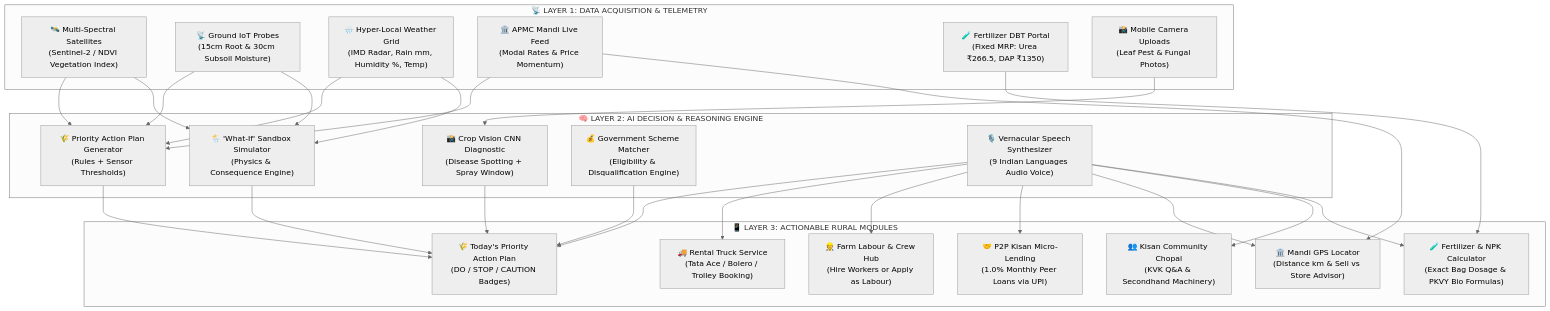
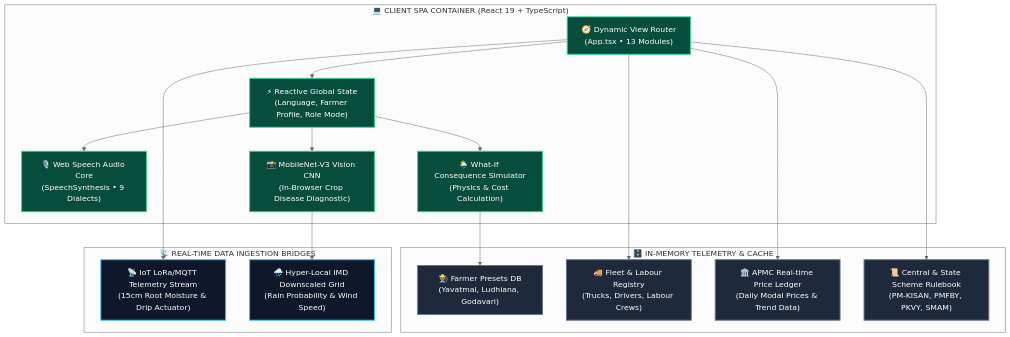
The second of 6 diagrams in README.md (lucyyy01/krishi), drawn with Mermaid (neutral theme) before and after one commit. The commit also changed other lines of this file, not shown here.

Commit message:
docs: add enterprise-grade C4 diagrams, ERD, and mathematical models to README.md

````diff
--- a/README.md
+++ b/README.md
@@ -42,39 +69,42 @@
 ```mermaid
 graph TB
-    subgraph SENSORS_INPUTS ["📡 LAYER 1: DATA ACQUISITION & TELEMETRY"]
-        A1["🛰️ Multi-Spectral Satellites<br/>(Sentinel-2 / NDVI Vegetation Index)"]
-        A2["📡 Ground IoT Probes<br/>(15cm Root & 30cm Subsoil Moisture)"]
-        A3["🌧️ Hyper-Local Weather Grid<br/>(IMD Radar, Rain mm, Humidity %, Temp)"]
-        A4["🏛️ APMC Mandi Live Feed<br/>(Modal Rates & Price Momentum)"]
-        A5["🧪 Fertilizer DBT Portal<br/>(Fixed MRP: Urea ₹266.5, DAP ₹1350)"]
-        A6["📸 Mobile Camera Uploads<br/>(Leaf Pest & Fungal Photos)"]
+    subgraph CLIENT_CONTAINER ["💻 CLIENT SPA CONTAINER (React 19 + TypeScript)"]
+        UI_ROUTER["🧭 Dynamic View Router<br/>(App.tsx • 13 Modules)"]
+        STATE_STORE["⚡ Reactive Global State<br/>(Language, Farmer Profile, Role Mode)"]
+        AUDIO_ENGINE["🎙️ Web Speech Audio Core<br/>(SpeechSynthesis • 9 Dialects)"]
+        SIM_SANDBOX["🌦️ What-If Consequence Simulator<br/>(Physics & Cost Calculation)"]
+        VISION_ENGINE["📸 MobileNet-V3 Vision CNN<br/>(In-Browser Crop Disease Diagnostic)"]
     end
 
-    subgraph AI_BRAIN ["🧠 LAYER 2: AI DECISION & REASONING ENGINE"]
-        B1["🌾 Priority Action Plan Generator<br/>(Rules + Sensor Thresholds)"]
-        B2["🌦️ 'What-If' Sandbox Simulator<br/>(Physics & Consequence Engine)"]
-        B3["📸 Crop Vision CNN Diagnostic<br/>(Disease Spotting + Spray Window)"]
-        B4["💰 Government Scheme Matcher<br/>(Eligibility & Disqualification Engine)"]
-        B5["🎙️ Vernacular Speech Synthesizer<br/>(9 Indian Languages Audio Voice)"]
+    subgraph TELEMETRY_CACHE ["🗄️ IN-MEMORY TELEMETRY & CACHE"]
+        FARMER_STORE["👨🏽‍🌾 Farmer Presets DB<br/>(Yavatmal, Ludhiana, Godavari)"]
+        LOGISTICS_STORE["🚚 Fleet & Labour Registry<br/>(Trucks, Drivers, Labour Crews)"]
+        MANDI_STORE["🏛️ APMC Real-time Price Ledger<br/>(Daily Modal Prices & Trend Data)"]
+        SCHEME_RULES["📜 Central & State Scheme Rulebook<br/>(PM-KISAN, PMFBY, PKVY, SMAM)"]
     end
 
-    subgraph ACTION_PORTALS ["📱 LAYER 3: ACTIONABLE RURAL MODULES"]
-        C1["🌾 Today's Priority Action Plan<br/>(DO / STOP / CAUTION Badges)"]
-        C2["🚚 Rental Truck Service<br/>(Tata Ace / Bolero / Trolley Booking)"]
-        C3["👷 Farm Labour & Crew Hub<br/>(Hire Workers or Apply as Labour)"]
-        C4["🤝 P2P Kisan Micro-Lending<br/>(1.0% Monthly Peer Loans via UPI)"]
-        C5["🏛️ Mandi GPS Locator<br/>(Distance km & Sell vs Store Advisor)"]
-        C6["👥 Kisan Community Chopal<br/>(KVK Q&A & Secondhand Machinery)"]
-        C7["🧪 Fertilizer & NPK Calculator<br/>(Exact Bag Dosage & PKVY Bio Formulas)"]
+    subgraph TELEMETRY_INGESTION ["📡 REAL-TIME DATA INGESTION BRIDGES"]
+        MQTT_BRIDGE["📡 IoT LoRa/MQTT Telemetry Stream<br/>(15cm Root Moisture & Drip Actuator)"]
+        WEATHER_API["🌧️ Hyper-Local IMD Downscaled Grid<br/>(Rain Probability & Wind Speed)"]
     end
 
-    A1 & A2 & A3 --> B1 & B2
-    A6 --> B3
-    A4 --> B1 & C5
-    A5 --> C7
-    B1 --> C1
-    B2 --> C1
-    B3 --> C1
-    B4 --> C1
-    B5 --> C1 & C2 & C3 & C4 & C5 & C6 & C7
+    UI_ROUTER --> STATE_STORE
+    STATE_STORE --> SIM_SANDBOX
+    STATE_STORE --> AUDIO_ENGINE
+    STATE_STORE --> VISION_ENGINE
+
+    SIM_SANDBOX --> FARMER_STORE
+    VISION_ENGINE --> WEATHER_API
+    UI_ROUTER --> LOGISTICS_STORE
+    UI_ROUTER --> MANDI_STORE
+    UI_ROUTER --> SCHEME_RULES
+    UI_ROUTER --> MQTT_BRIDGE
+
+    classDef client fill:#064e3b,stroke:#34d399,stroke-width:2px,color:#fff;
+    classDef store fill:#1e293b,stroke:#64748b,stroke-width:2px,color:#fff;
+    classDef bridge fill:#0f172a,stroke:#38bdf8,stroke-width:2px,color:#fff;
+
+    class UI_ROUTER,STATE_STORE,AUDIO_ENGINE,SIM_SANDBOX,VISION_ENGINE client;
+    class FARMER_STORE,LOGISTICS_STORE,MANDI_STORE,SCHEME_RULES store;
+    class MQTT_BRIDGE,WEATHER_API bridge;
 ```
````
